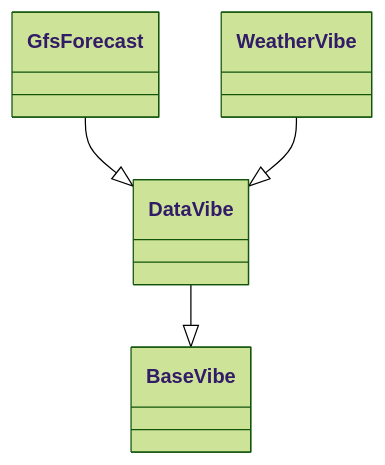
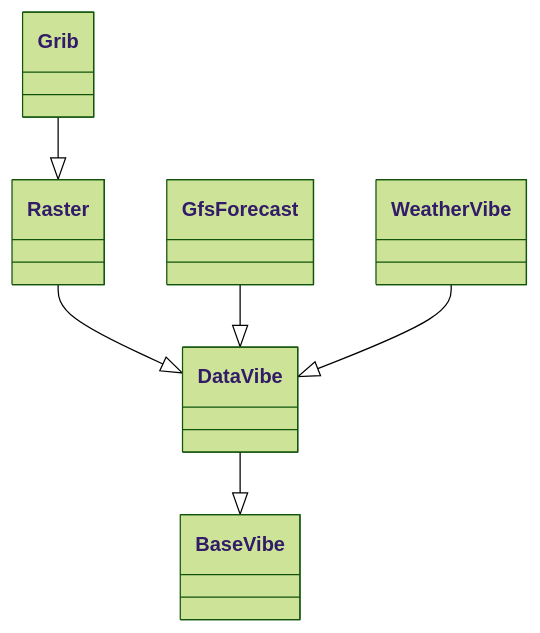
The diagram in docs/source/docfiles/markdown/data_types_diagram/weather_hierarchy.md (microsoft/farmvibes-ai), drawn with Mermaid (forest theme) before and after one commit. The commit also changed 61 other files, not shown here.

```diff
--- a/docs/source/docfiles/markdown/data_types_diagram/weather_hierarchy.md
+++ b/docs/source/docfiles/markdown/data_types_diagram/weather_hierarchy.md
@@ -2,17 +2,23 @@
 <div class="mermaid">
 
 classDiagram
   class BaseVibe {
   }
   class DataVibe {
   }
+  class Raster {
+  }
   class GfsForecast {
+  }
+  class Grib {
   }
   class WeatherVibe {
   }
   DataVibe --|> BaseVibe
+  Raster --|> DataVibe
   GfsForecast --|> DataVibe
+  Grib --|> Raster
   WeatherVibe --|> DataVibe
 
 
 </div>
```
